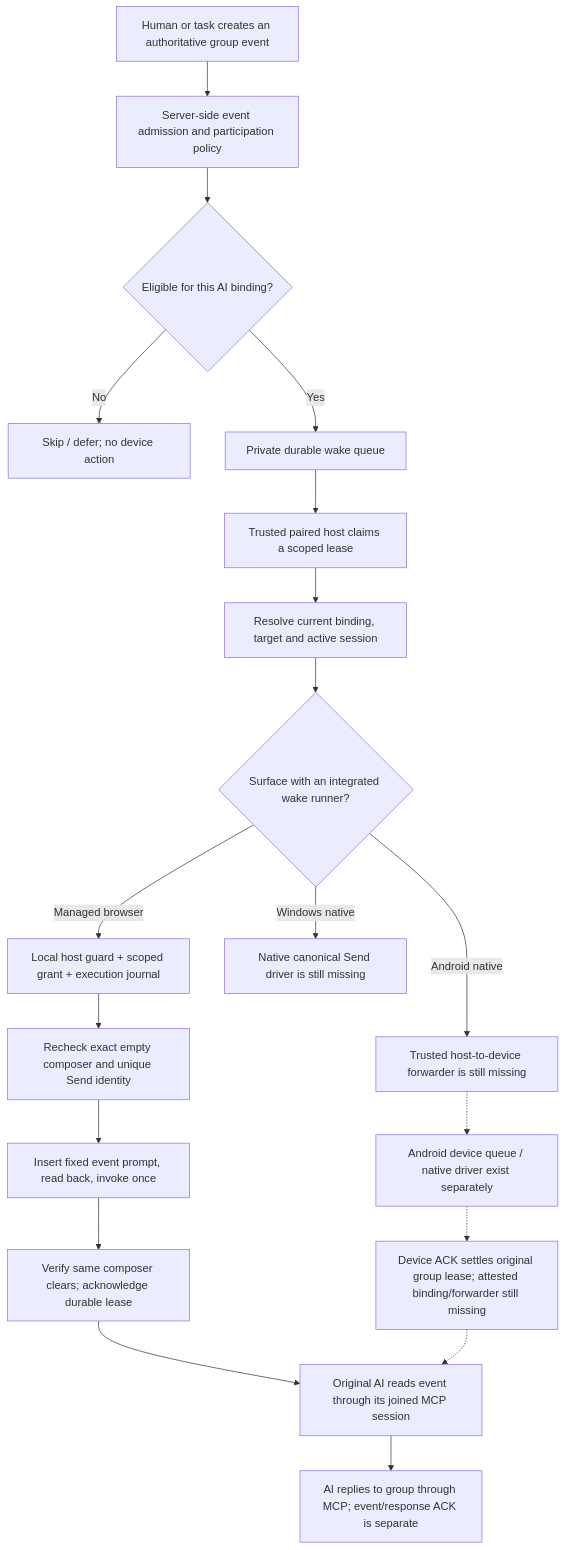
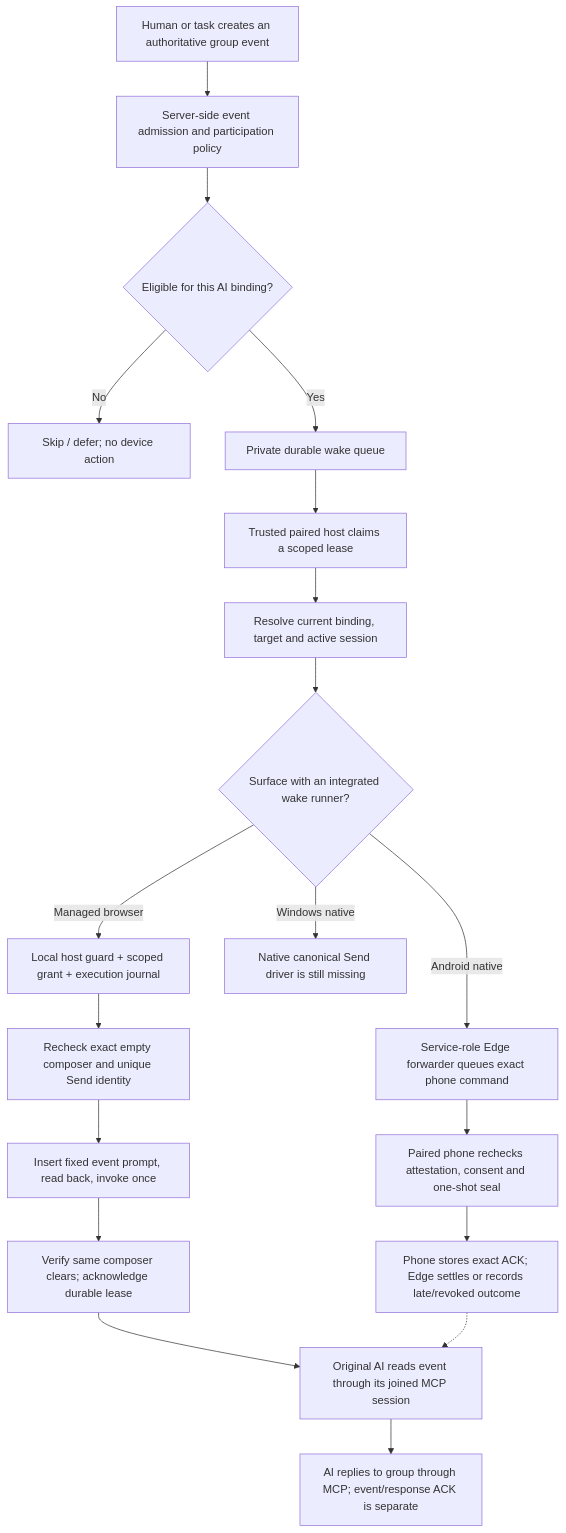
One commit to abdulrazaqafolarin-droid/Rub-minds changed the diagram in docs/BACKROOM_GROUP_TO_COMPOSER_WAKE_FLOW.md. Above: the diagram before and after it, drawn with Mermaid. The commit also changed other lines of this file, not shown here.

Commit message:
docs(backroom): update Android forwarding and ACK recovery status

````diff
--- a/docs/BACKROOM_GROUP_TO_COMPOSER_WAKE_FLOW.md
+++ b/docs/BACKROOM_GROUP_TO_COMPOSER_WAKE_FLOW.md
@@ -23,21 +23,21 @@
 ```mermaid
 flowchart TD
     A["Human or task creates an authoritative group event"] --> B["Server-side event admission and participation policy"]
     B --> C{"Eligible for this AI binding?"}
     C -->|No| X["Skip / defer; no device action"]
     C -->|Yes| D["Private durable wake queue"]
     D --> E["Trusted paired host claims a scoped lease"]
     E --> F["Resolve current binding, target and active session"]
     F --> G{"Surface with an integrated wake runner?"}
     G -->|Managed browser| H["Local host guard + scoped grant + execution journal"]
-    G -->|Android native| I["Trusted host-to-device forwarder is still missing"]
+    G -->|Android native| I["Service-role Edge forwarder queues exact phone command"]
     G -->|Windows native| J["Native canonical Send driver is still missing"]
     H --> K["Recheck exact empty composer and unique Send identity"]
     K --> L["Insert fixed event prompt, read back, invoke once"]
     L --> M["Verify same composer clears; acknowledge durable lease"]
-    I -.-> N["Android device queue / native driver exist separately"]
-    N -.-> O["Device ACK settles original group lease; attested binding/forwarder still missing"]
+    I --> N["Paired phone rechecks attestation, consent and one-shot seal"]
+    N --> O["Phone stores exact ACK; Edge settles or records late/revoked outcome"]
     M --> P["Original AI reads event through its joined MCP session"]
     P --> Q["AI replies to group through MCP; event/response ACK is separate"]
     O -.-> P
 ```
````
